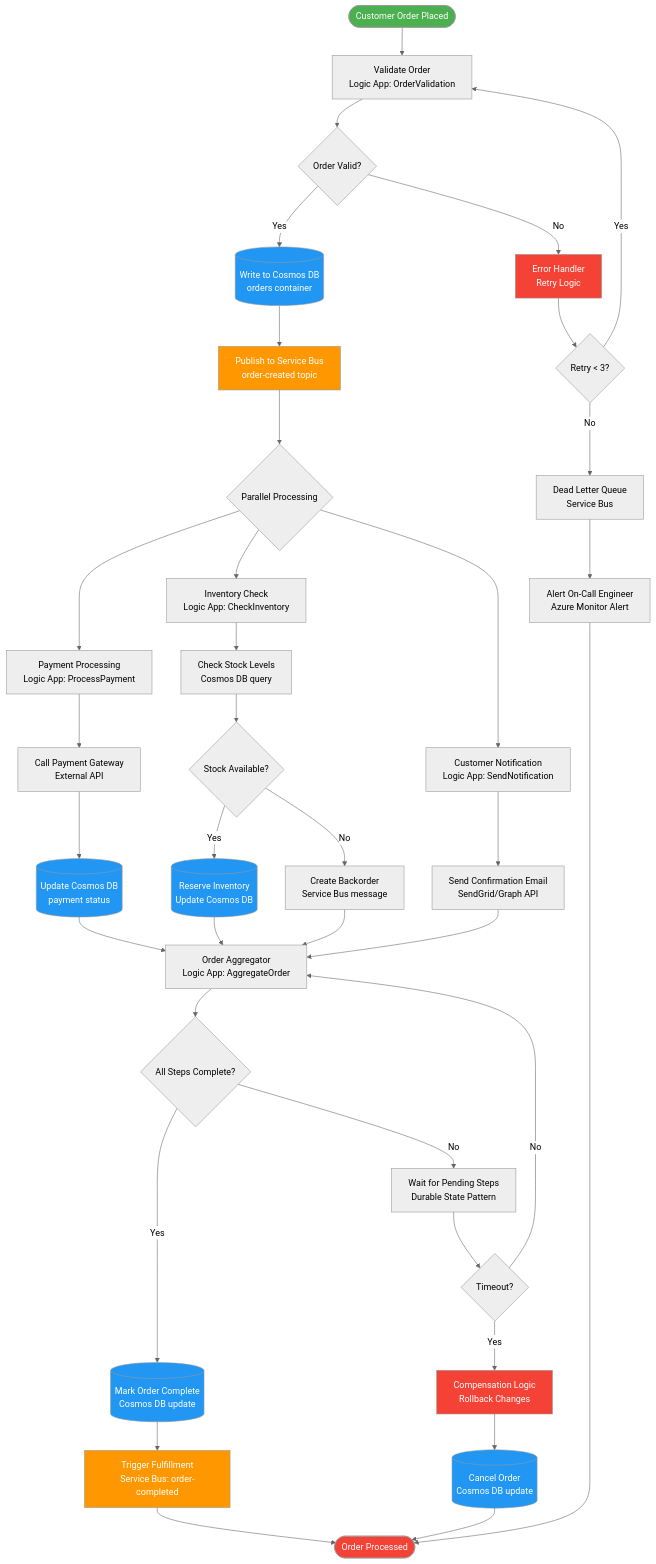
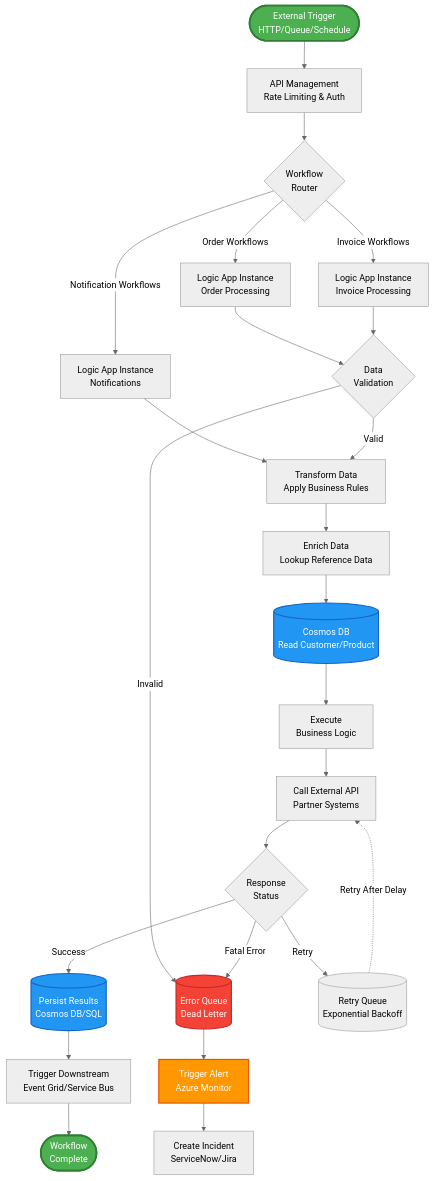
One commit to Evilazaro/Azure-LogicApps-Monitoring changed the third of 4 diagrams in README.md. Above: the diagram before and after it, drawn with Mermaid (neutral theme). The commit also changed other lines of this file, not shown here.

````diff
--- a/README.md
+++ b/README.md
@@ -440,63 +484,47 @@
 ```mermaid
 flowchart TD
-    START([Customer Order Placed]) --> VALIDATE[Validate Order<br/>Logic App: OrderValidation]
+    START([External Trigger<br/>HTTP/Queue/Schedule])
     
-    VALIDATE --> CHECK{Order Valid?}
-    CHECK -->|Yes| COSMOS_WRITE[(Write to Cosmos DB<br/>orders container)]
-    CHECK -->|No| ERROR_HANDLER[Error Handler<br/>Retry Logic]
+    START --> APIM[API Management<br/>Rate Limiting & Auth]
     
-    COSMOS_WRITE --> PUBLISH_EVENT[Publish to Service Bus<br/>order-created topic]
+    APIM --> ROUTE{Workflow<br/>Router}
     
-    PUBLISH_EVENT --> PARALLEL{Parallel Processing}
+    ROUTE -->|Order Workflows| LA_ORDER[Logic App Instance<br/>Order Processing]
+    ROUTE -->|Invoice Workflows| LA_INVOICE[Logic App Instance<br/>Invoice Processing]
+    ROUTE -->|Notification Workflows| LA_NOTIFY[Logic App Instance<br/>Notifications]
     
-    PARALLEL --> PAYMENT[Payment Processing<br/>Logic App: ProcessPayment]
-    PARALLEL --> INVENTORY[Inventory Check<br/>Logic App: CheckInventory]
-    PARALLEL --> NOTIFY[Customer Notification<br/>Logic App: SendNotification]
+    LA_ORDER --> VALIDATE{Data<br/>Validation}
+    LA_INVOICE --> VALIDATE
+    LA_NOTIFY --> TRANSFORM[Transform Data<br/>Apply Business Rules]
     
-    PAYMENT --> PAYMENT_API[Call Payment Gateway<br/>External API]
-    PAYMENT_API --> PAYMENT_UPDATE[(Update Cosmos DB<br/>payment status)]
+    VALIDATE -->|Valid| TRANSFORM
+    VALIDATE -->|Invalid| ERROR_QUEUE[(Error Queue<br/>Dead Letter)]
     
-    INVENTORY --> INVENTORY_CHECK[Check Stock Levels<br/>Cosmos DB query]
-    INVENTORY_CHECK --> RESERVE{Stock Available?}
-    RESERVE -->|Yes| RESERVE_ITEM[(Reserve Inventory<br/>Update Cosmos DB)]
-    RESERVE -->|No| BACKORDER[Create Backorder<br/>Service Bus message]
+    TRANSFORM --> ENRICH[Enrich Data<br/>Lookup Reference Data]
     
-    NOTIFY --> SEND_EMAIL[Send Confirmation Email<br/>SendGrid/Graph API]
+    ENRICH --> COSMOS_READ[(Cosmos DB<br/>Read Customer/Product)]
+    COSMOS_READ --> BUSINESS_LOGIC[Execute<br/>Business Logic]
     
-    PAYMENT_UPDATE --> AGGREGATE[Order Aggregator<br/>Logic App: AggregateOrder]
-    RESERVE_ITEM --> AGGREGATE
-    BACKORDER --> AGGREGATE
-    SEND_EMAIL --> AGGREGATE
+    BUSINESS_LOGIC --> EXTERNAL_API[Call External API<br/>Partner Systems]
+    EXTERNAL_API --> PROCESS_RESPONSE{Response<br/>Status}
     
-    AGGREGATE --> FINAL_CHECK{All Steps Complete?}
-    FINAL_CHECK -->|Yes| COMPLETE[(Mark Order Complete<br/>Cosmos DB update)]
-    FINAL_CHECK -->|No| WAIT[Wait for Pending Steps<br/>Durable State Pattern]
+    PROCESS_RESPONSE -->|Success| PERSIST[(Persist Results<br/>Cosmos DB/SQL)]
+    PROCESS_RESPONSE -->|Retry| RETRY_QUEUE[(Retry Queue<br/>Exponential Backoff)]
+    PROCESS_RESPONSE -->|Fatal Error| ERROR_QUEUE
     
-    COMPLETE --> FULFILLMENT[Trigger Fulfillment<br/>Service Bus: order-completed]
-    FULFILLMENT --> END([Order Processed])
+    PERSIST --> NOTIFY_DOWNSTREAM[Trigger Downstream<br/>Event Grid/Service Bus]
     
-    WAIT --> TIMEOUT{Timeout?}
-    TIMEOUT -->|Yes| COMPENSATION[Compensation Logic<br/>Rollback Changes]
-    TIMEOUT -->|No| AGGREGATE
+    RETRY_QUEUE -.Retry After Delay.-> EXTERNAL_API
     
-    COMPENSATION --> CANCEL[(Cancel Order<br/>Cosmos DB update)]
-    CANCEL --> END
+    NOTIFY_DOWNSTREAM --> END([Workflow<br/>Complete])
     
-    ERROR_HANDLER --> RETRY_COUNT{Retry < 3?}
-    RETRY_COUNT -->|Yes| VALIDATE
-    RETRY_COUNT -->|No| DLQ[Dead Letter Queue<br/>Service Bus]
-    DLQ --> ALERT[Alert On-Call Engineer<br/>Azure Monitor Alert]
-    ALERT --> END
-
-    style START fill:#4CAF50,color:#fff
-    style END fill:#F44336,color:#fff
-    style COSMOS_WRITE fill:#2196F3,color:#fff
-    style PAYMENT_UPDATE fill:#2196F3,color:#fff
-    style RESERVE_ITEM fill:#2196F3,color:#fff
-    style COMPLETE fill:#2196F3,color:#fff
-    style CANCEL fill:#2196F3,color:#fff
-    style PUBLISH_EVENT fill:#FF9800,color:#fff
-    style FULFILLMENT fill:#FF9800,color:#fff
-    style ERROR_HANDLER fill:#F44336,color:#fff
-    style COMPENSATION fill:#F44336,color:#fff
+    ERROR_QUEUE --> ALERT[Trigger Alert<br/>Azure Monitor]
+    ALERT --> INCIDENT[Create Incident<br/>ServiceNow/Jira]
+    
+    style START fill:#4caf50,stroke:#2e7d32,stroke-width:3px,color:#fff
+    style END fill:#4caf50,stroke:#2e7d32,stroke-width:3px,color:#fff
+    style ERROR_QUEUE fill:#f44336,stroke:#c62828,stroke-width:2px,color:#fff
+    style ALERT fill:#ff9800,stroke:#e65100,stroke-width:2px,color:#fff
+    style COSMOS_READ fill:#2196f3,stroke:#1565c0,stroke-width:2px,color:#fff
+    style PERSIST fill:#2196f3,stroke:#1565c0,stroke-width:2px,color:#fff
 ```
````
